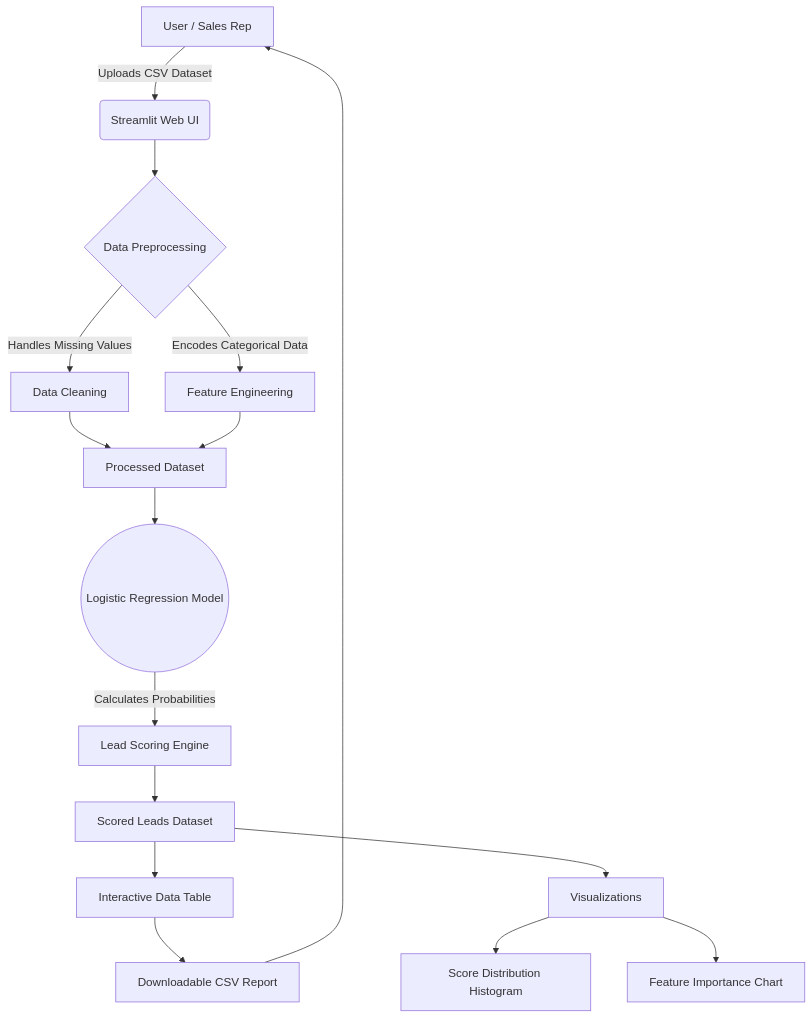
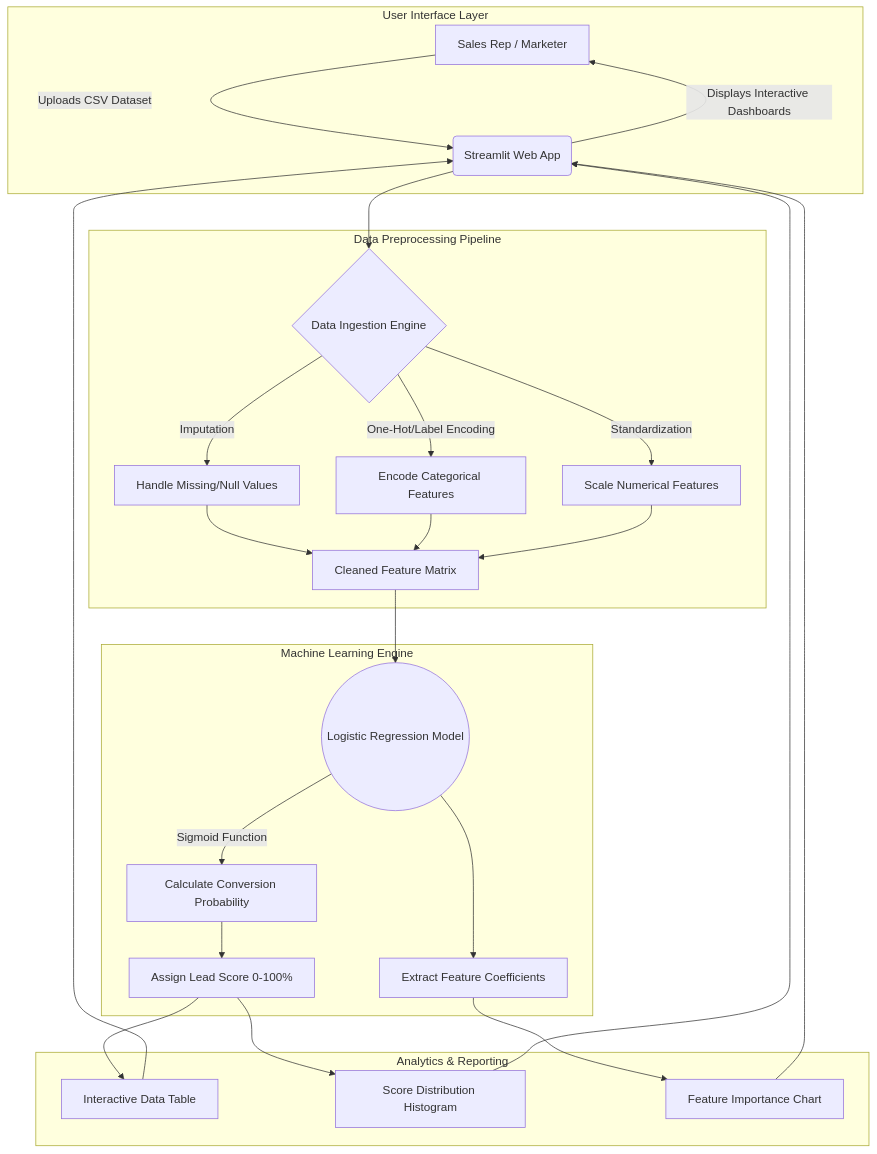
One commit to Rupeshbhardwaj002/LeadGen_AI_Enhancer changed the diagram in README.md. Above: the diagram before and after it, drawn with Mermaid. The commit also changed other lines of this file, not shown here.

````diff
--- a/README.md
+++ b/README.md
@@ -30,21 +32,29 @@
 ```mermaid
 graph TD
-    A[User / Sales Rep] -->|Uploads CSV Dataset| B(Streamlit Web UI)
-    B --> C{Data Preprocessing}
-    C -->|Handles Missing Values| D[Data Cleaning]
-    C -->|Encodes Categorical Data| E[Feature Engineering]
-    D --> F
-    E --> F[Processed Dataset]
-    F --> G((Logistic Regression Model))
-    G -->|Calculates Probabilities| H[Lead Scoring Engine]
-    H --> I[Scored Leads Dataset]
+    subgraph User Interface Layer
+        A[Sales Rep / Marketer] -->|Uploads CSV Dataset| B(Streamlit Web App)
+        B -->|Displays Interactive Dashboards| A
+    end
     
-    I --> J[Interactive Data Table]
-    I --> K[Visualizations]
+    subgraph Data Preprocessing Pipeline
+        B --> C{Data Ingestion Engine}
+        C -->|Imputation| D[Handle Missing/Null Values]
+        C -->|One-Hot/Label Encoding| E[Encode Categorical Features]
+        C -->|Standardization| F[Scale Numerical Features]
+        D & E & F --> G[Cleaned Feature Matrix]
+    end
     
-    K --> L[Score Distribution Histogram]
-    K --> M[Feature Importance Chart]
+    subgraph Machine Learning Engine
+        G --> H((Logistic Regression Model))
+        H -->|Sigmoid Function| I[Calculate Conversion Probability]
+        I --> J[Assign Lead Score 0-100%]
+        H --> K[Extract Feature Coefficients]
+    end
     
-    J --> N[Downloadable CSV Report]
-    N --> A
+    subgraph Analytics & Reporting
+        J --> L[Interactive Data Table]
+        J --> M[Score Distribution Histogram]
+        K --> N[Feature Importance Chart]
+        L & M & N --> B
+    end
 ```
````
